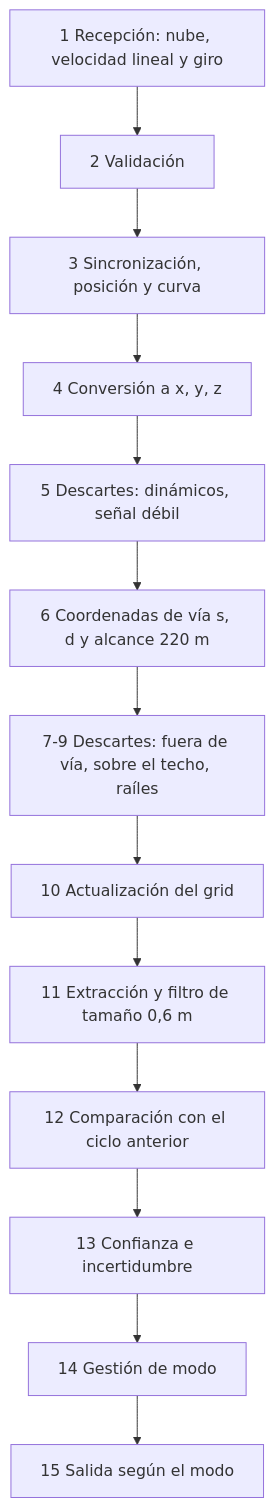
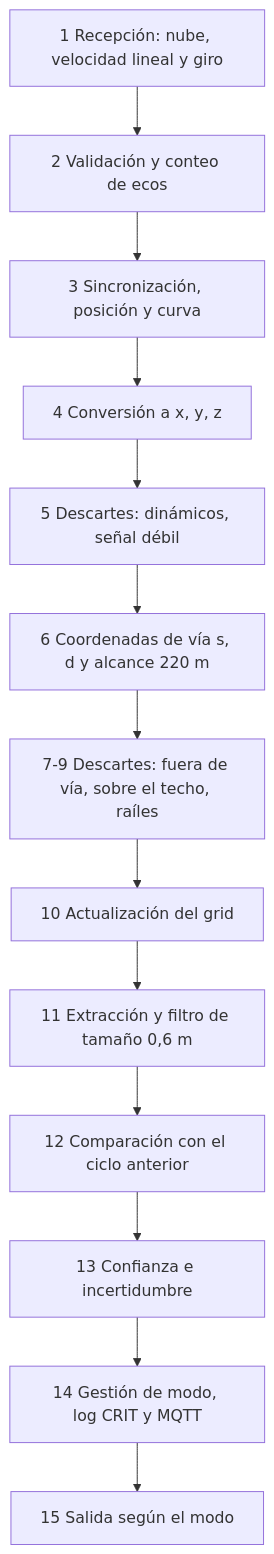
Before and after one commit to buzondealiciagarcia-cmyk/prueba-tecnica-saf: the diagram in docs/02-diseno/diagramas/arquitectura-sw.mmd, drawn with Mermaid. The commit also changed 5 other files, not shown here.

```diff
--- a/docs/02-diseno/diagramas/arquitectura-sw.mmd
+++ b/docs/02-diseno/diagramas/arquitectura-sw.mmd
@@ -1,13 +1,13 @@
 flowchart TB
-  A[1 Recepción: nube, velocidad lineal y giro] --> B[2 Validación]
+  A[1 Recepción: nube, velocidad lineal y giro] --> B[2 Validación y conteo de ecos]
   B --> C[3 Sincronización, posición y curva]
   C --> D[4 Conversión a x, y, z]
   D --> E[5 Descartes: dinámicos, señal débil]
   E --> F[6 Coordenadas de vía s, d y alcance 220 m]
   F --> G[7-9 Descartes: fuera de vía, sobre el techo, raíles]
   G --> H[10 Actualización del grid]:::hl
   H --> I[11 Extracción y filtro de tamaño 0,6 m]
   I --> J[12 Comparación con el ciclo anterior]
   J --> K[13 Confianza e incertidumbre]
-  K --> L[14 Gestión de modo]
+  K --> L[14 Gestión de modo, log CRIT y MQTT]
   L --> M[15 Salida según el modo]
```
